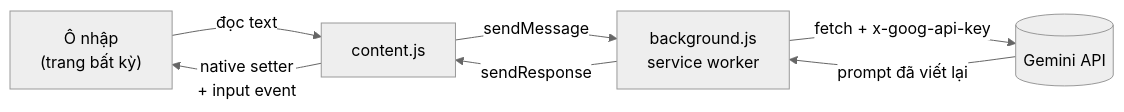
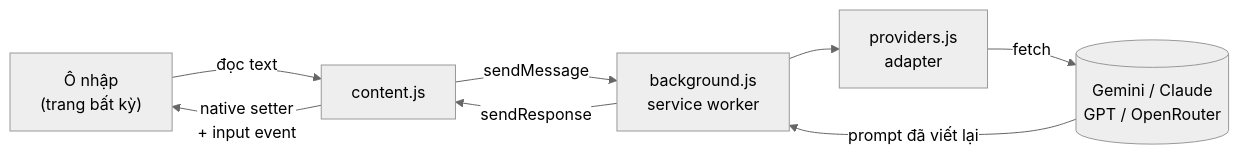
Before and after one commit to lamloi1109/ai-studio-prompt-rewriter: the diagram in README.md, drawn with Mermaid (neutral theme). The commit also changed other lines of this file and 5 other files, not shown here.

First line of the commit message:
feat: hỗ trợ Claude, GPT, OpenRouter và endpoint tương thích OpenAI

````diff
--- a/README.md
+++ b/README.md
@@ -123,9 +145,10 @@
 ```mermaid
 flowchart LR
     A["Ô nhập<br/>(trang bất kỳ)"] -->|đọc text| B[content.js]
     B -->|sendMessage| C["background.js<br/>service worker"]
-    C -->|"fetch + x-goog-api-key"| D[("Gemini API")]
+    C --> P["providers.js<br/>adapter"]
+    P -->|fetch| D[("Gemini / Claude<br/>GPT / OpenRouter")]
     D -->|prompt đã viết lại| C
     C -->|sendResponse| B
     B -->|"native setter<br/>+ input event"| A
 ```
````
